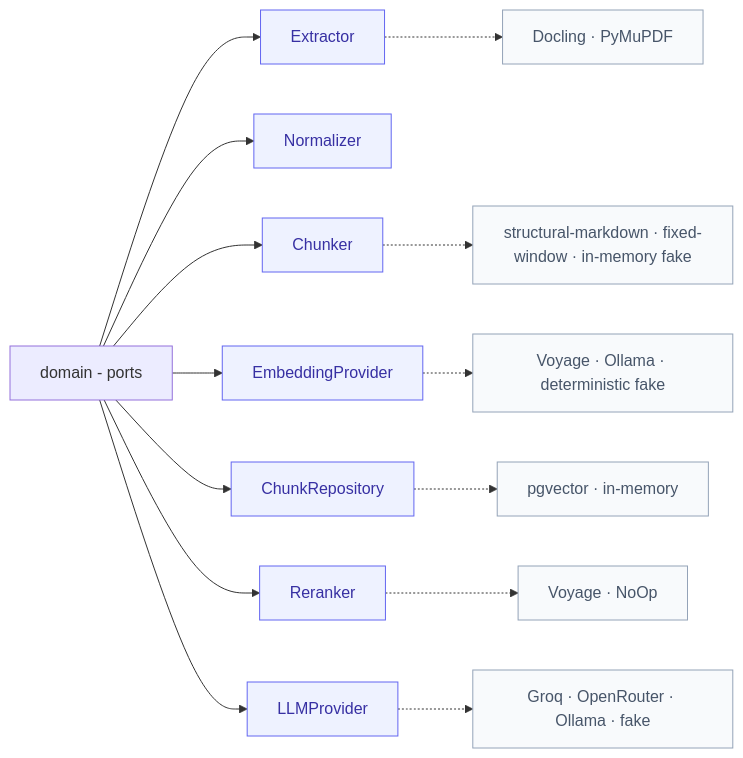
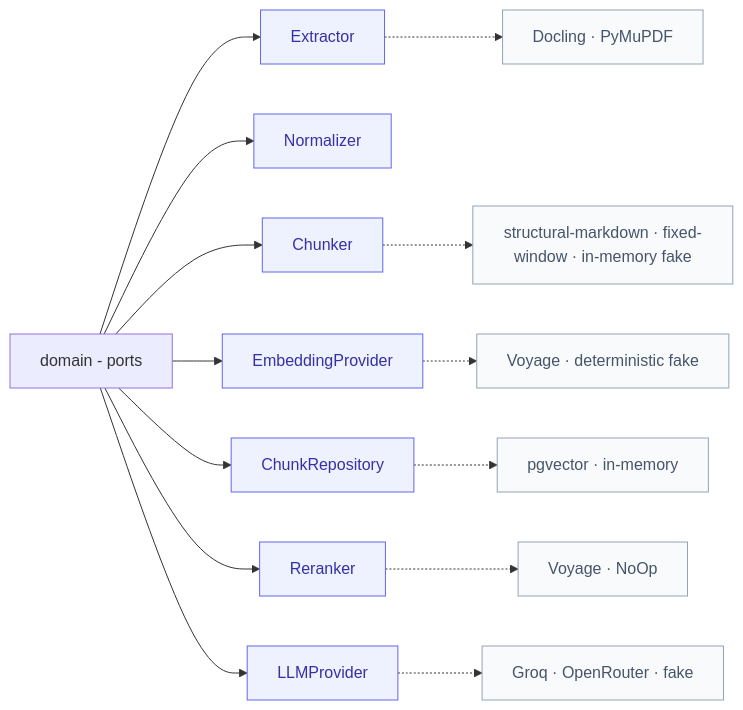
Before and after one commit to moisturicer/IRIS: the third of 4 diagrams in docs/rag_architecture.md, drawn with Mermaid. The commit also changed other lines of this file and 7 other files, not shown here.

````diff
--- a/docs/rag_architecture.md
+++ b/docs/rag_architecture.md
@@ -195,20 +195,20 @@
 ```mermaid
 flowchart LR
   DOM["domain - ports"] --> EX["Extractor"]
   DOM --> NO["Normalizer"]
   DOM --> CK["Chunker"]
   DOM --> EM["EmbeddingProvider"]
   DOM --> VI["ChunkRepository"]
   DOM --> RK["Reranker"]
   DOM --> LM["LLMProvider"]
   EX -.-> EXA["Docling · PyMuPDF"]
   CK -.-> CKA["structural-markdown · fixed-window · in-memory fake"]
-  EM -.-> EMA["Voyage · Ollama · deterministic fake"]
+  EM -.-> EMA["Voyage · deterministic fake"]
   VI -.-> VIA["pgvector · in-memory"]
   RK -.-> RKA["Voyage · NoOp"]
-  LM -.-> LMA["Groq · OpenRouter · Ollama · fake"]
+  LM -.-> LMA["Groq · OpenRouter · fake"]
   classDef port fill:#eef2ff,stroke:#6366f1,color:#3730a3;
   classDef adapter fill:#f8fafc,stroke:#94a3b8,color:#475569;
   class EX,NO,CK,EM,VI,RK,LM port
   class EXA,CKA,EMA,VIA,RKA,LMA adapter
 ```
````
